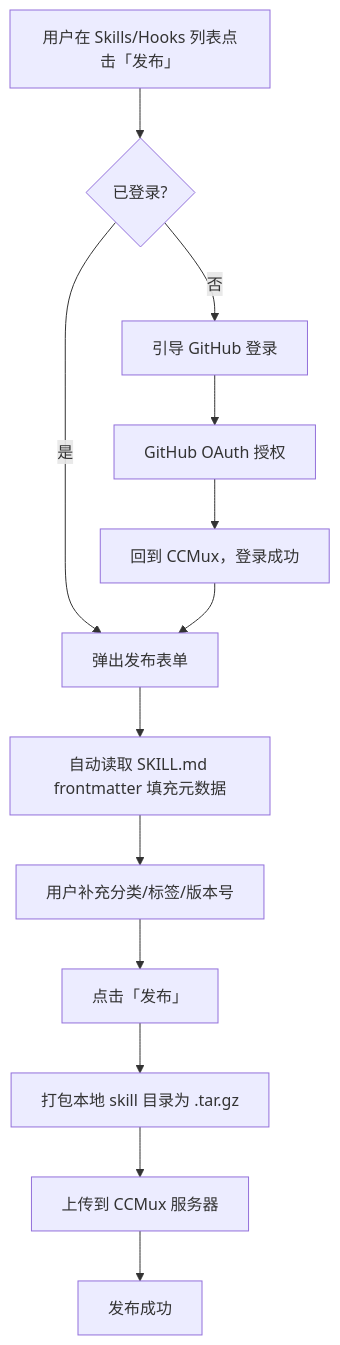
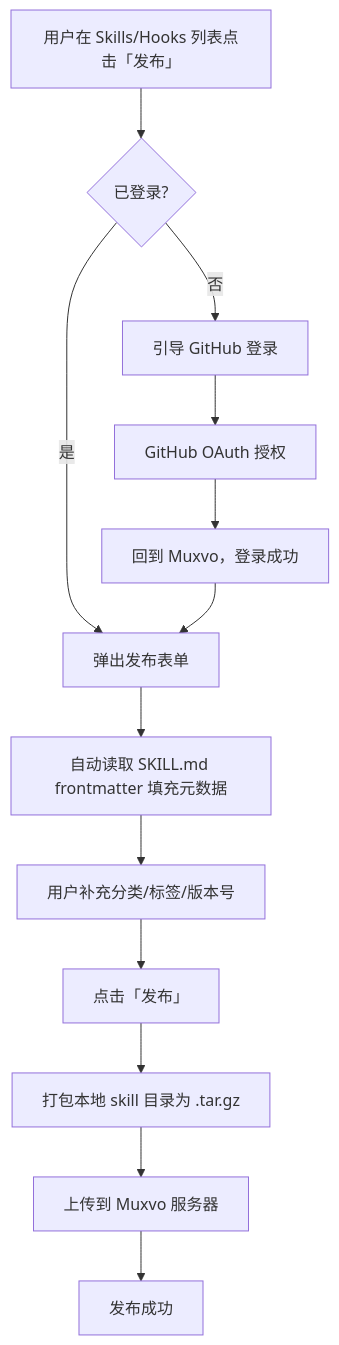
Before and after one commit to muxvo/muxvo: the sixth of 26 diagrams in PRD.md, drawn with Mermaid. The commit also changed other lines of this file and 1 other file, not shown here.

````diff
--- a/PRD.md
+++ b/PRD.md
@@ -380,15 +411,15 @@
 ```mermaid
 flowchart TD
     A[用户在 Skills/Hooks 列表点击「发布」] --> B{已登录?}
     B -->|否| C[引导 GitHub 登录]
     C --> D[GitHub OAuth 授权]
-    D --> E[回到 CCMux，登录成功]
+    D --> E[回到 Muxvo，登录成功]
     B -->|是| F[弹出发布表单]
     E --> F
     F --> G[自动读取 SKILL.md frontmatter 填充元数据]
     G --> H[用户补充分类/标签/版本号]
     H --> I[点击「发布」]
     I --> J[打包本地 skill 目录为 .tar.gz]
-    J --> K[上传到 CCMux 服务器]
+    J --> K[上传到 Muxvo 服务器]
     K --> L[发布成功]
 ```
````
